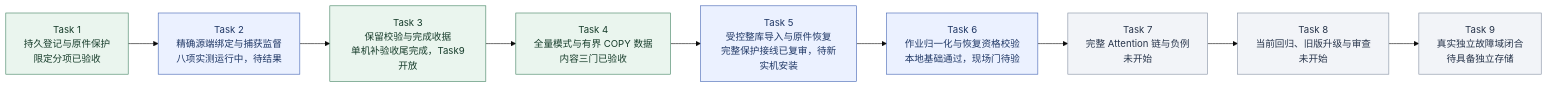
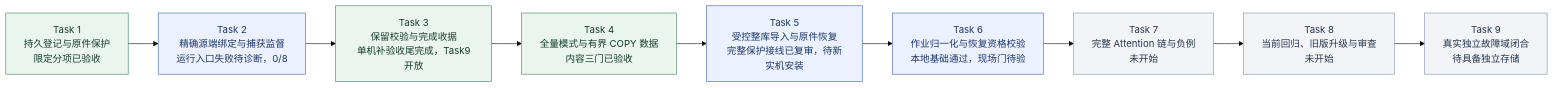
Before and after one commit to MansurnamedZhang/learning-system-p0c4: the second of 9 diagrams in docs/KnowWeave实施路线与系统架构.md, drawn with Mermaid (base theme). The commit also changed other lines of this file and 3 other files, not shown here.

````diff
--- a/docs/KnowWeave实施路线与系统架构.md
+++ b/docs/KnowWeave实施路线与系统架构.md
@@ -72,26 +72,26 @@
 ```mermaid
 flowchart LR
     C4T1["Task 1<br/>持久登记与原件保护<br/>限定分项已验收"]
-    C4T2["Task 2<br/>精确源端绑定与捕获监督<br/>八项实测运行中，待结果"]
+    C4T2["Task 2<br/>精确源端绑定与捕获监督<br/>运行入口失败待诊断，0/8"]
     C4T3["Task 3<br/>保留校验与完成收据<br/>单机补验收尾完成，Task9开放"]
     C4T4["Task 4<br/>全量模式与有界 COPY 数据<br/>内容三门已验收"]
     C4T5["Task 5<br/>受控整库导入与原件恢复<br/>完整保护接线已复审，待新实机安装"]
     C4T6["Task 6<br/>作业归一化与恢复资格校验<br/>本地基础通过，现场门待验"]
     C4T7["Task 7<br/>完整 Attention 链与负例<br/>未开始"]
     C4T8["Task 8<br/>当前回归、旧版升级与审查<br/>未开始"]
     C4T9["Task 9<br/>真实独立故障域闭合<br/>待具备独立存储"]
     C4T1 --> C4T2
     C4T2 --> C4T3
     C4T3 --> C4T4
     C4T4 --> C4T5
     C4T5 --> C4T6
     C4T6 --> C4T7
     C4T7 --> C4T8
     C4T8 --> C4T9
     class C4T1,C4T3,C4T4 done
     class C4T2,C4T5,C4T6 next
     class C4T7,C4T8,C4T9 planned
     classDef done fill:#eaf5ee,stroke:#438363,color:#173d2b
     classDef next fill:#ebf1ff,stroke:#4365b4,color:#203866
     classDef planned fill:#f2f4f8,stroke:#8591a3,color:#28354b
 ```
````
